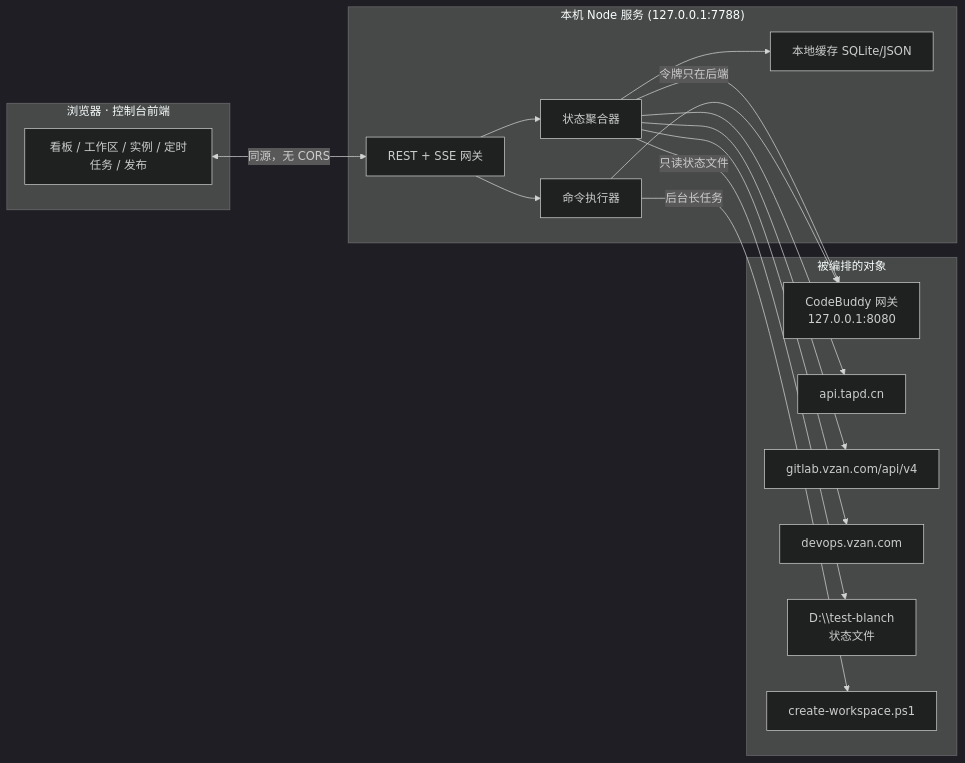
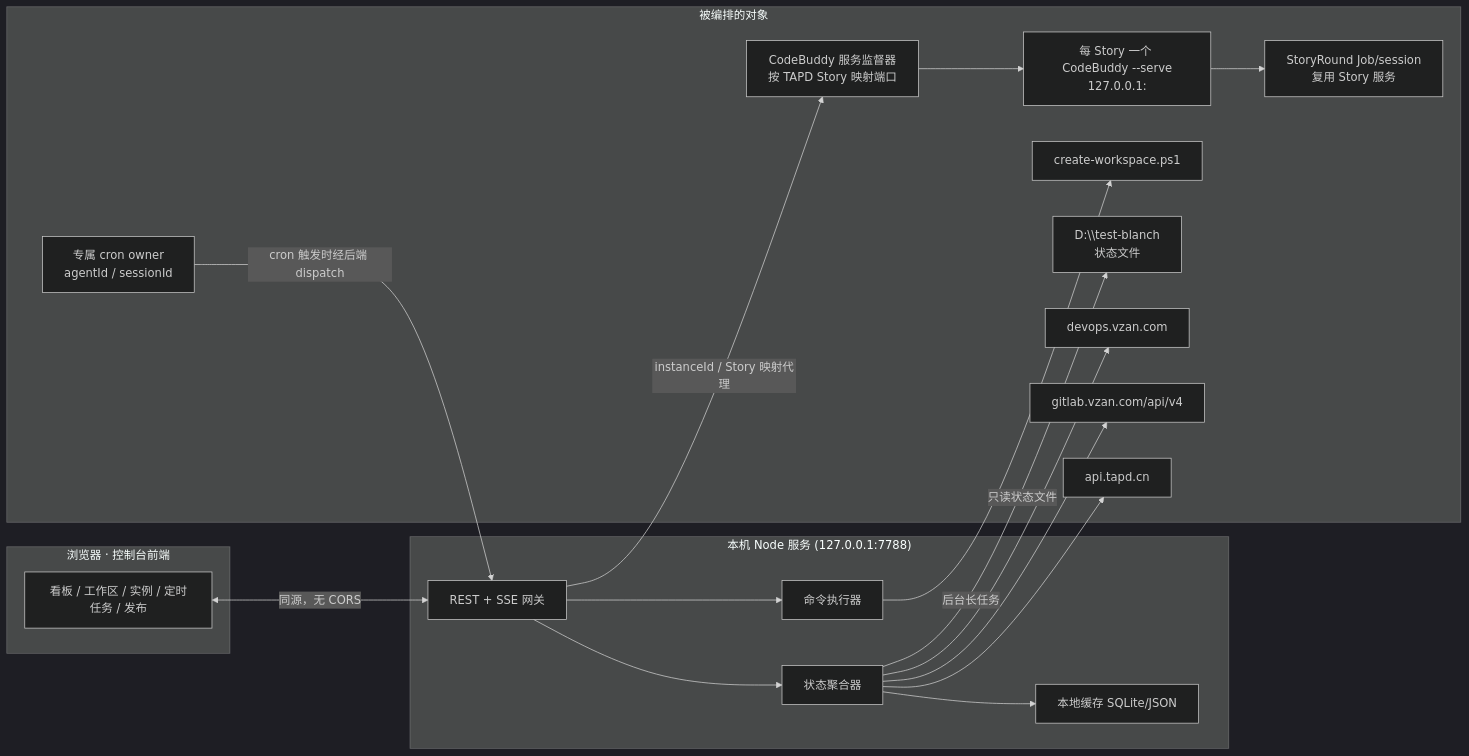
The second of 2 diagrams in DevTask-Console-需求规格.md (JayCJP/DevTaskConsole), drawn with Mermaid (dark theme) before and after one commit. The commit also changed other lines of this file and 61 other files, not shown here.

````diff
--- a/DevTask-Console-需求规格.md
+++ b/DevTask-Console-需求规格.md
@@ -262,30 +277,35 @@
 ```mermaid
 flowchart LR
     subgraph Browser["浏览器 · 控制台前端"]
         UI["看板 / 工作区 / 实例 / 定时任务 / 发布"]
     end
     subgraph Local["本机 Node 服务 (127.0.0.1:7788)"]
         API["REST + SSE 网关"]
         AGG["状态聚合器"]
         EXE["命令执行器"]
         CACHE["本地缓存 SQLite/JSON"]
     end
     subgraph External["被编排的对象"]
-        CB["CodeBuddy 网关<br/>127.0.0.1:8080"]
+        SUP["CodeBuddy 服务监督器<br/>按 TAPD Story 映射端口"]
+        CB["每 Story 一个 CodeBuddy --serve<br/>127.0.0.1:<port>"]
+        JOB["StoryRound Job/session<br/>复用 Story 服务"]
+        OWNER["专属 cron owner<br/>agentId / sessionId"]
         TAPD["api.tapd.cn"]
         GL["gitlab.vzan.com/api/v4"]
         DO["devops.vzan.com"]
         FS["D:\\test-blanch<br/>状态文件"]
         PS["create-workspace.ps1"]
     end
     UI <-->|"同源，无 CORS"| API
     API --> AGG --> CACHE
     API --> EXE
-    AGG -->|"令牌只在后端"| CB
+    API -->|"instanceId / Story 映射代理"| SUP
+    SUP --> CB
+    CB --> JOB
+    OWNER -->|"cron 触发时经后端 dispatch"| API
     AGG --> TAPD
     AGG --> GL
     AGG --> DO
     AGG -->|"只读状态文件"| FS
     EXE -->|"后台长任务"| PS
-    EXE --> CB
 ```
````
